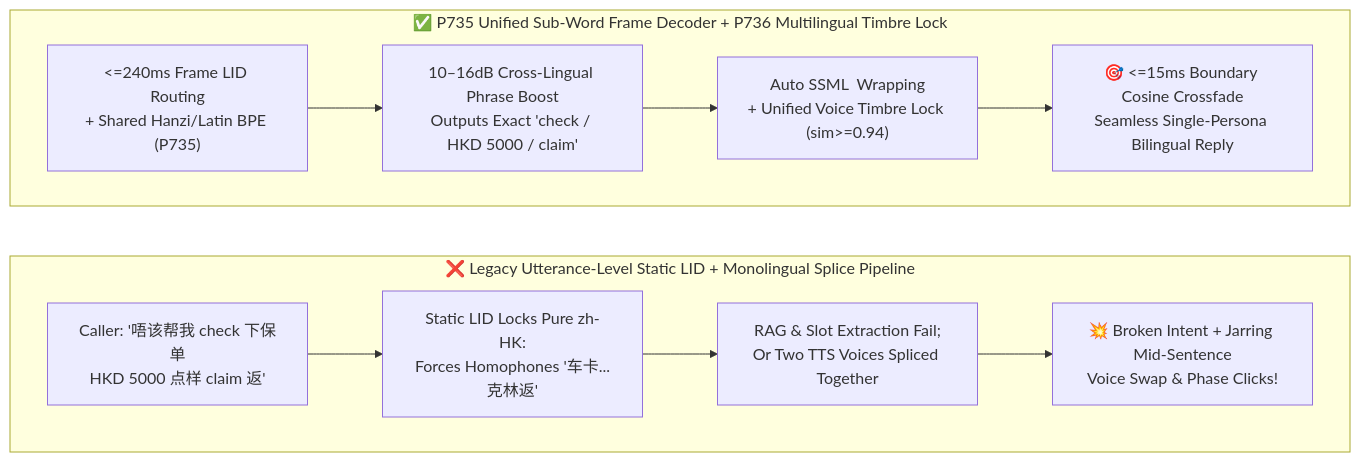
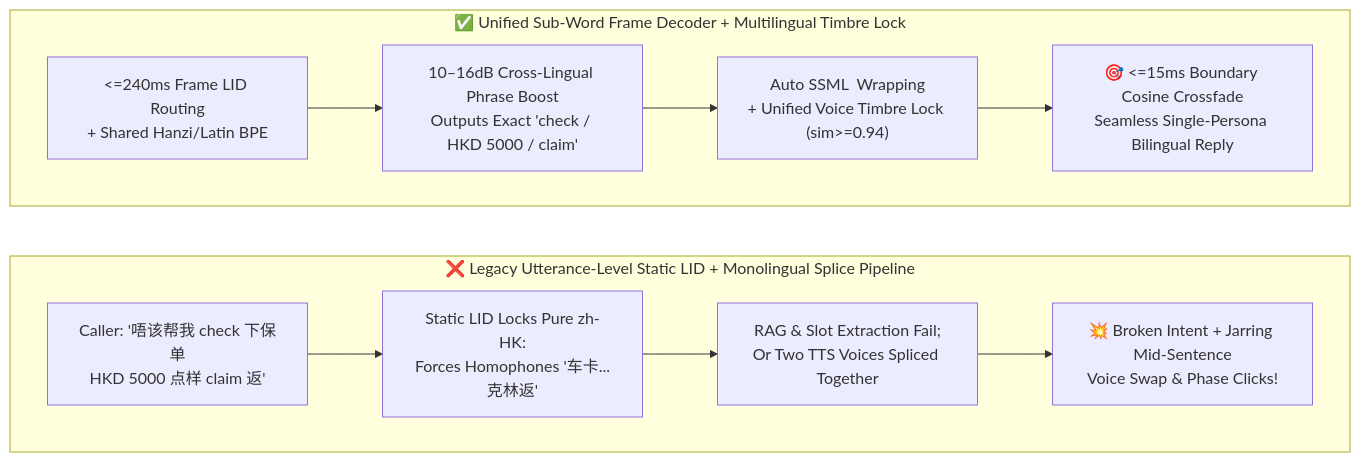
One commit to turbo998/voice-agent-lab changed the second of 3 diagrams in docs/voice-multilingual-codeswitch-dialect-faq.en.md. Above: the diagram before and after it, drawn with Mermaid. The commit also changed other lines of this file and 715 other files, not shown here.

````diff
--- a/docs/voice-multilingual-codeswitch-dialect-faq.en.md
+++ b/docs/voice-multilingual-codeswitch-dialect-faq.en.md
@@ -92,16 +92,16 @@
 ```mermaid
 flowchart LR
-    subgraph Legacy ["❌ Legacy Utterance-Level Static LID + Monolingual Splice Pipeline"]
-        direction LR
-        L1["Caller: '唔该帮我 check 下保单\nHKD 5000 点样 claim 返'"] --> L2["Static LID Locks Pure zh-HK:\nForces Homophones '车卡...克林返'"]
-        L2 --> L3["RAG & Slot Extraction Fail;\nOr Two TTS Voices Spliced Together"]
-        L3 --> L4["💥 Broken Intent + Jarring Mid-Sentence\nVoice Swap & Phase Clicks!"]
-    end
+ subgraph Legacy ["❌ Legacy Utterance-Level Static LID + Monolingual Splice Pipeline"]
+ direction LR
+ L1["Caller: '唔该帮我 check 下保单\nHKD 5000 点样 claim 返'"] --> L2["Static LID Locks Pure zh-HK:\nForces Homophones '车卡...克林返'"]
+ L2 --> L3["RAG & Slot Extraction Fail;\nOr Two TTS Voices Spliced Together"]
+ L3 --> L4["💥 Broken Intent + Jarring Mid-Sentence\nVoice Swap & Phase Clicks!"]
+ end
 
-    subgraph Engineered ["✅ P735 Unified Sub-Word Frame Decoder + P736 Multilingual Timbre Lock"]
-        direction LR
-        E1["<=240ms Frame LID Routing\n+ Shared Hanzi/Latin BPE (P735)"] --> E2["10–16dB Cross-Lingual Phrase Boost\nOutputs Exact 'check / HKD 5000 / claim'"]
-        E2 --> E3["Auto SSML <lang> Wrapping\n+ Unified Voice Timbre Lock (sim>=0.94)"]
-        E3 --> E4["🎯 <=15ms Boundary Cosine Crossfade\nSeamless Single-Persona Bilingual Reply"]
-    end
+ subgraph Engineered ["✅ Unified Sub-Word Frame Decoder + Multilingual Timbre Lock"]
+ direction LR
+ E1["<=240ms Frame LID Routing\n+ Shared Hanzi/Latin BPE "] --> E2["10–16dB Cross-Lingual Phrase Boost\nOutputs Exact 'check / HKD 5000 / claim'"]
+ E2 --> E3["Auto SSML <lang> Wrapping\n+ Unified Voice Timbre Lock (sim>=0.94)"]
+ E3 --> E4["🎯 <=15ms Boundary Cosine Crossfade\nSeamless Single-Persona Bilingual Reply"]
+ end
 ```
````
